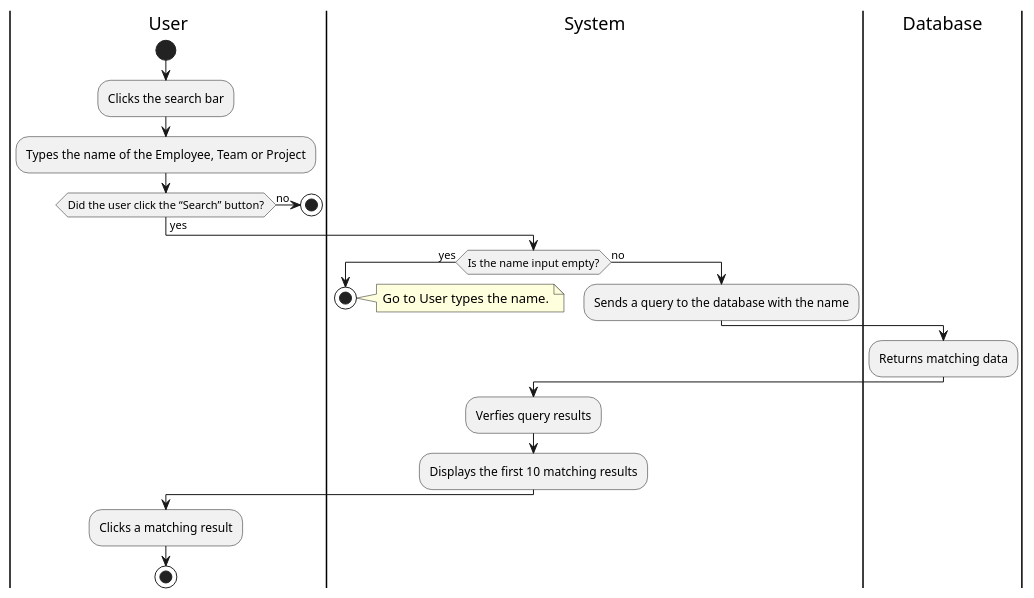
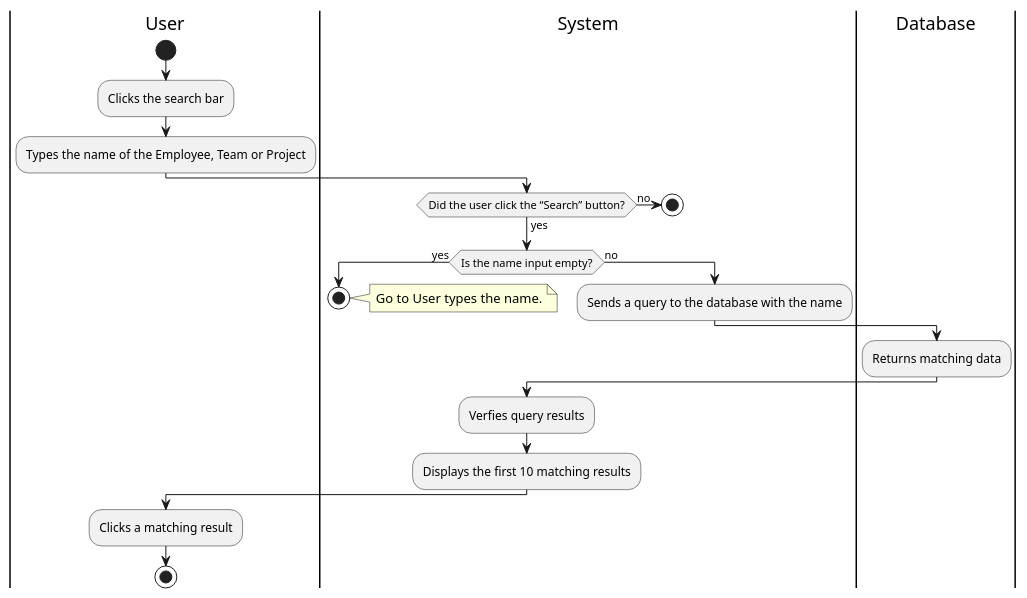
Before and after one commit to Berthou05/LimboSoftwareDevelopment_Change.org: the diagram in documentation/activity_diagrams/HS-01-ActivityDiagram.puml, drawn with PlantUML. The commit also changed 3 other files, not shown here.

Commit message:
[DOCS] Correction of Activity Diagrams

```diff
--- a/documentation/activity_diagrams/HS-01-ActivityDiagram.puml
+++ b/documentation/activity_diagrams/HS-01-ActivityDiagram.puml
@@ -1,32 +1,33 @@
 @startuml
 
 |User|
 start
 :Clicks the search bar;
 :Types the name of the Employee, Team or Project;
-|User|
+|System|
 if(Did the user click the “Search” button?) is (no) then
     stop
 else(yes)
+
 end if
 |System|
 if(Is the name input empty?) is (yes) then
     stop
     note right
         Go to User types the name.
     end note
 else(no)
     |System|
     :Sends a query to the database with the name;
 end if
 |Database|
 :Returns matching data;
 |System|
 :Verfies query results;
 :Displays the first 10 matching results;
 |User|
 :Clicks a matching result;
 stop
 
 
 @enduml
```
